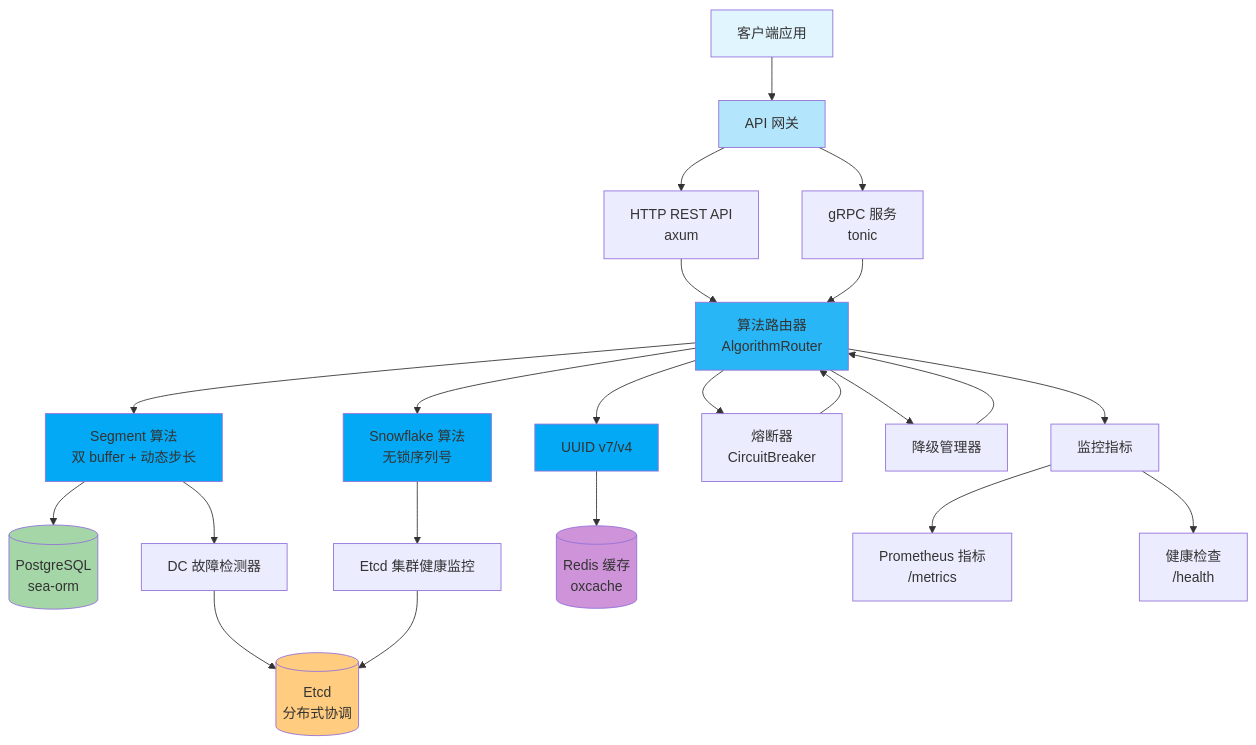
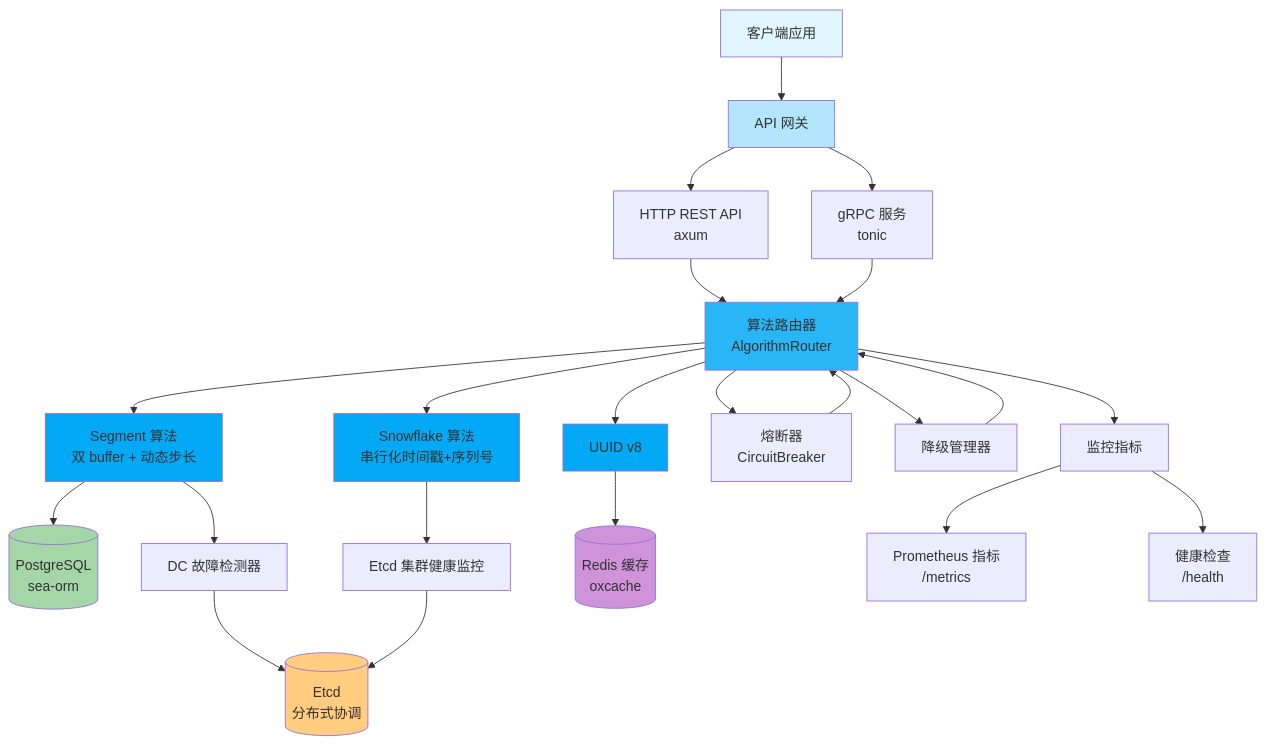
Before and after one commit to Kirky-X/NebulaId: the first of 7 diagrams in docs/ARCHITECTURE.md, drawn with Mermaid. The commit also changed 1 other file, not shown here.

Commit message:
docs: 收敛最后两处 uuid/锁表述残留（T038 收尾）
- src/lib.rs crate 文档：算法清单仍写 "UUID v4/v7"，改为 UUID v8 并注明
  uuid_v7/uuid_v4 只是 AlgorithmType::from_str 的输入别名
- docs/ARCHITECTURE.md 架构图：UUID 节点 v7/v4 → v8；Snowflake 节点
  "无锁序列号"已不成立 —— 本变更用 tokio Mutex 串行化
  (last_timestamp, sequence) 修复了并发重复 ID 竞态，改为如实描述

````diff
--- a/docs/ARCHITECTURE.md
+++ b/docs/ARCHITECTURE.md
@@ -7,40 +7,40 @@
 ```mermaid
 graph TB
     Client[客户端应用] --> Gateway[API 网关]
     Gateway --> HTTP[HTTP REST API<br/>axum]
     Gateway --> gRPC[gRPC 服务<br/>tonic]
     HTTP --> Router[算法路由器<br/>AlgorithmRouter]
     gRPC --> Router
 
     Router --> Seg[Segment 算法<br/>双 buffer + 动态步长]
-    Router --> Snow[Snowflake 算法<br/>无锁序列号]
-    Router --> UUID[UUID v7/v4]
+    Router --> Snow[Snowflake 算法<br/>串行化时间戳+序列号]
+    Router --> UUID[UUID v8]
 
     Seg --> DB[(PostgreSQL<br/>sea-orm)]
     Seg --> DcDetector[DC 故障检测器]
     Snow --> EtcdCluster[Etcd 集群健康监控]
     UUID --> Cache[(Redis 缓存<br/>oxcache)]
 
     Router --> CB[熔断器<br/>CircuitBreaker]
     Router --> Degrade[降级管理器]
     Router --> Monitor[监控指标]
 
     CB --> Router
     Degrade --> Router
 
     DcDetector --> Etcd[(Etcd<br/>分布式协调)]
     EtcdCluster --> Etcd
 
     Monitor --> Metrics[Prometheus 指标<br/>/metrics]
     Monitor --> Health[健康检查<br/>/health]
 
     style Client fill:#e1f5ff
     style Gateway fill:#b3e5fc
     style Router fill:#29b6f6
     style Seg fill:#03a9f4
     style Snow fill:#03a9f4
     style UUID fill:#03a9f4
     style DB fill:#a5d6a7
     style Etcd fill:#ffcc80
     style Cache fill:#ce93d8
 ```
````
